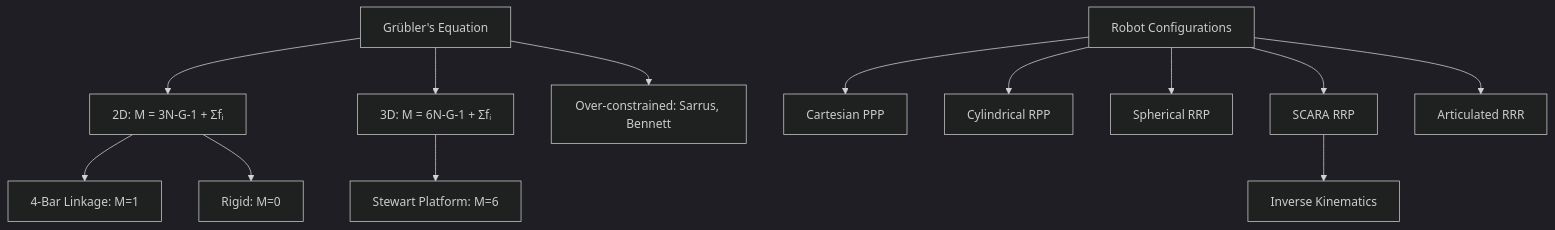
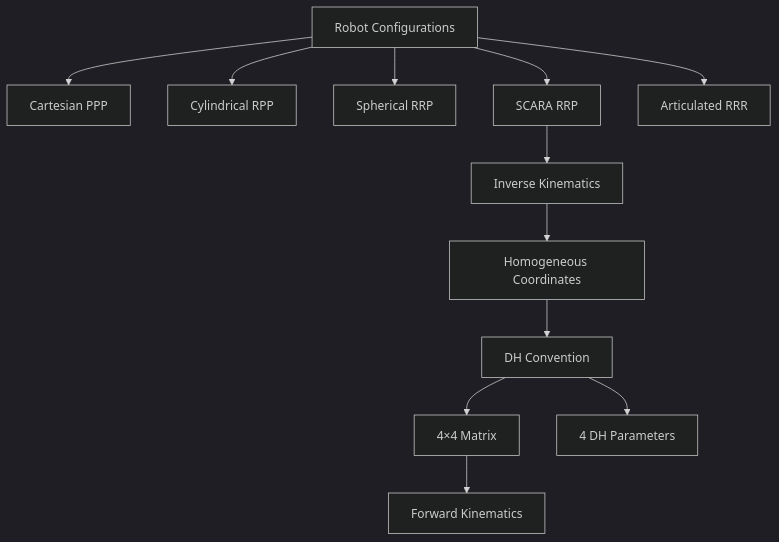
Before and after one commit to Hajime-No-Ippo/MSc-Notes: the diagram in Notes/CS422 Robotics and Automation/2026-09-28 - Linkages, Mechanisms & Kinematics.md, drawn with Mermaid (dark theme). The commit also changed other lines of this file and 7 other files, not shown here.

````diff
--- a/Notes/CS422 Robotics and Automation/2026-09-28 - Linkages, Mechanisms & Kinematics.md
+++ b/Notes/CS422 Robotics and Automation/2026-09-28 - Linkages, Mechanisms & Kinematics.md
@@ -313,15 +357,14 @@
 ```mermaid
 graph TD
-    A[Grübler's Equation] --> B[2D: M = 3N-G-1 + Σfᵢ]
-    A --> C[3D: M = 6N-G-1 + Σfᵢ]
-    B --> D[4-Bar Linkage: M=1]
-    B --> E[Rigid: M=0]
-    C --> F[Stewart Platform: M=6]
-    A --> G[Over-constrained: Sarrus, Bennett]
     H[Robot Configurations] --> I[Cartesian PPP]
     H --> J[Cylindrical RPP]
     H --> K[Spherical RRP]
     H --> L[SCARA RRP]
     H --> M[Articulated RRR]
     L --> N[Inverse Kinematics]
+    N --> O[Homogeneous Coordinates]
+    O --> P[DH Convention]
+    P --> Q[4×4 Matrix]
+    P --> R[4 DH Parameters]
+    Q --> S[Forward Kinematics]
 ```
````
